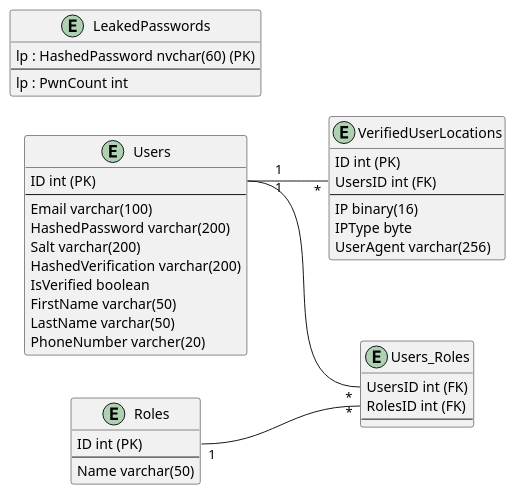
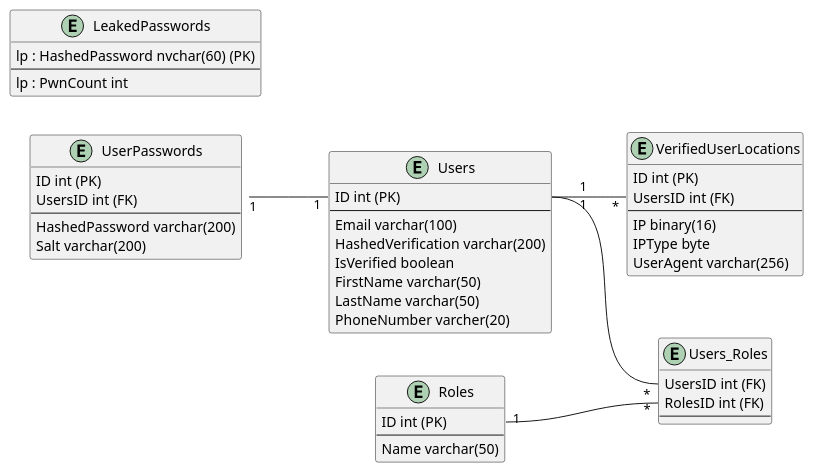
One commit to blackout1471/trust-us-school changed the diagram in Docs/ERD.plantuml. Above: the diagram before and after it, drawn with PlantUML. The commit also changed 1 other file, not shown here.

```diff
--- a/Docs/ERD.plantuml
+++ b/Docs/ERD.plantuml
@@ -1,47 +1,57 @@
 @startuml ERD
 left to right direction
+
+entity "UserPasswords" as up{
+    ID int (PK)
+    UsersID int (FK)
+    --
+    HashedPassword varchar(200)
+    Salt varchar(200)
+}
 
 entity Users {
     ID int (PK)
     --
     Email varchar(100)
-    HashedPassword varchar(200)
-    Salt varchar(200)
     HashedVerification varchar(200)
     IsVerified boolean
     FirstName varchar(50)
     LastName varchar(50)
     PhoneNumber varcher(20)
 }
 entity "VerifiedUserLocations" as vul {
     ID int (PK)
     UsersID int (FK)
     --
     IP binary(16)
     IPType byte
     UserAgent varchar(256)
 }
 
 entity "Users_Roles" as ur {
     UsersID int (FK)
     RolesID int (FK)
     --
 }
 
 entity Roles {
     ID int (PK)
     --
     Name varchar(50)
 }
 
 entity "LeakedPasswords" as lp {
     lp : HashedPassword nvchar(60) (PK)
     --
     lp : PwnCount int
 }
 
 Users::ID"      1" -- "*"ur::UsersID
 Roles::ID"1" -- "*"ur::RolesID
 
 Users::ID"      1" -- "*"vul::UsersID
+
+up::UserID"1" -- "1"Users::ID
+
+
 @enduml
```
